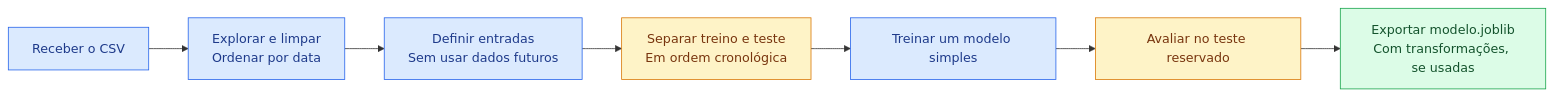
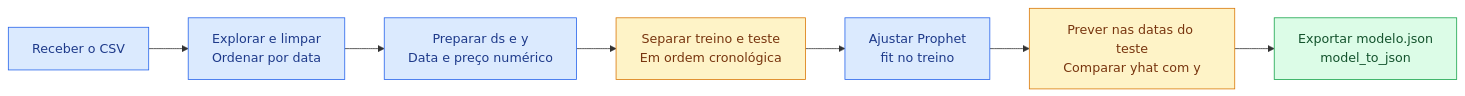
Before and after one commit to C-Icaro/ponderada-m7-predicao-moeda: the second of 2 diagrams in docs/arquitetura.md, drawn with Mermaid. The commit also changed other lines of this file and 14 other files, not shown here.

Commit message:
docs: adota Prophet e serializacao nativa em JSON

````diff
--- a/docs/arquitetura.md
+++ b/docs/arquitetura.md
@@ -47,16 +47,16 @@
 ```mermaid
 flowchart LR
     Dados["Receber o CSV"] --> Preparacao["Explorar e limpar<br/>Ordenar por data"]
-    Preparacao --> Features["Definir entradas<br/>Sem usar dados futuros"]
-    Features --> Divisao["Separar treino e teste<br/>Em ordem cronológica"]
-    Divisao --> Treino["Treinar um modelo simples"]
-    Treino --> Avaliacao["Avaliar no teste reservado"]
-    Avaliacao --> Exportacao["Exportar modelo.joblib<br/>Com transformações, se usadas"]
+    Preparacao --> Colunas["Preparar ds e y<br/>Data e preço numérico"]
+    Colunas --> Divisao["Separar treino e teste<br/>Em ordem cronológica"]
+    Divisao --> Treino["Ajustar Prophet<br/>fit no treino"]
+    Treino --> Avaliacao["Prever nas datas do teste<br/>Comparar yhat com y"]
+    Avaliacao --> Exportacao["Exportar modelo.json<br/>model_to_json"]
 
     classDef processo fill:#dbeafe,stroke:#2563eb,color:#1e3a8a
     classDef cuidado fill:#fef3c7,stroke:#d97706,color:#78350f
     classDef saida fill:#dcfce7,stroke:#16a34a,color:#14532d
-    class Dados,Preparacao,Features,Treino processo
+    class Dados,Preparacao,Colunas,Treino processo
     class Divisao,Avaliacao cuidado
     class Exportacao saida
 ```
````
